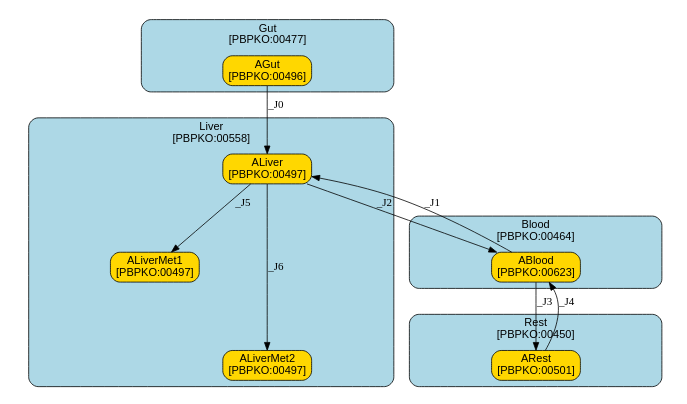
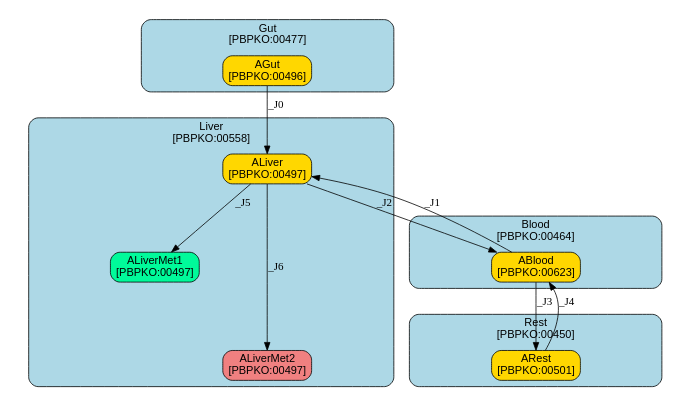
Before and after one commit to fair-pbk/exposure-route-pbk-models: the diagram in models/oral/Bisphenols/Mielke/summary.dot, drawn with Graphviz. The commit also changed 151 other files, not shown here.

```diff
--- a/models/oral/Bisphenols/Mielke/summary.dot
+++ b/models/oral/Bisphenols/Mielke/summary.dot
@@ -1,102 +1,102 @@
 digraph {
 	graph [ratio=fill,
 		size="7,4"
 	];
 	node [fontname=Arial];
 	subgraph cluster_Gut {
 		graph [color=black,
 			fillcolor=lightblue,
 			fontname=Arial,
 			href="#compartment-Gut",
 			label="Gut
 [PBPKO:00477]",
 			shape=box,
 			style="filled,rounded"
 		];
 		AGut	[color=black,
 			fillcolor=gold,
 			href="#species-AGut",
 			label="AGut
 [PBPKO:00496]",
 			shape=box,
 			style="filled,rounded"];
 	}
 	subgraph cluster_Liver {
 		graph [color=black,
 			fillcolor=lightblue,
 			fontname=Arial,
 			href="#compartment-Liver",
 			label="Liver
 [PBPKO:00558]",
 			shape=box,
 			style="filled,rounded"
 		];
 		ALiver	[color=black,
 			fillcolor=gold,
 			href="#species-ALiver",
 			label="ALiver
 [PBPKO:00497]",
 			shape=box,
 			style="filled,rounded"];
 		ALiverMet1	[color=black,
-			fillcolor=gold,
+			fillcolor=mediumspringgreen,
 			href="#species-ALiverMet1",
 			label="ALiverMet1
 [PBPKO:00497]",
 			shape=box,
 			style="filled,rounded"];
 		ALiverMet2	[color=black,
-			fillcolor=gold,
+			fillcolor=lightcoral,
 			href="#species-ALiverMet2",
 			label="ALiverMet2
 [PBPKO:00497]",
 			shape=box,
 			style="filled,rounded"];
 	}
 	subgraph cluster_Blood {
 		graph [color=black,
 			fillcolor=lightblue,
 			fontname=Arial,
 			href="#compartment-Blood",
 			label="Blood
 [PBPKO:00464]",
 			shape=box,
 			style="filled,rounded"
 		];
 		ABlood	[color=black,
 			fillcolor=gold,
 			href="#species-ABlood",
 			label="ABlood
 [PBPKO:00623]",
 			shape=box,
 			style="filled,rounded"];
 	}
 	subgraph cluster_Rest {
 		graph [color=black,
 			fillcolor=lightblue,
 			fontname=Arial,
 			href="#compartment-Rest",
 			label="Rest
 [PBPKO:00450]",
 			shape=box,
 			style="filled,rounded"
 		];
 		ARest	[color=black,
 			fillcolor=gold,
 			href="#species-ARest",
 			label="ARest
 [PBPKO:00501]",
 			shape=box,
 			style="filled,rounded"];
 	}
 	AGut -> ALiver	[label=_J0,
 		minlen=1];
 	ALiver -> ALiverMet1	[label=_J5,
 		minlen=1];
 	ALiver -> ALiverMet2	[label=_J6,
 		minlen=2];
 	ALiver -> ABlood	[label=_J2];
 	ABlood -> ALiver	[label=_J1];
 	ABlood -> ARest	[label=_J3];
 	ARest -> ABlood	[label=_J4];
 }
```
